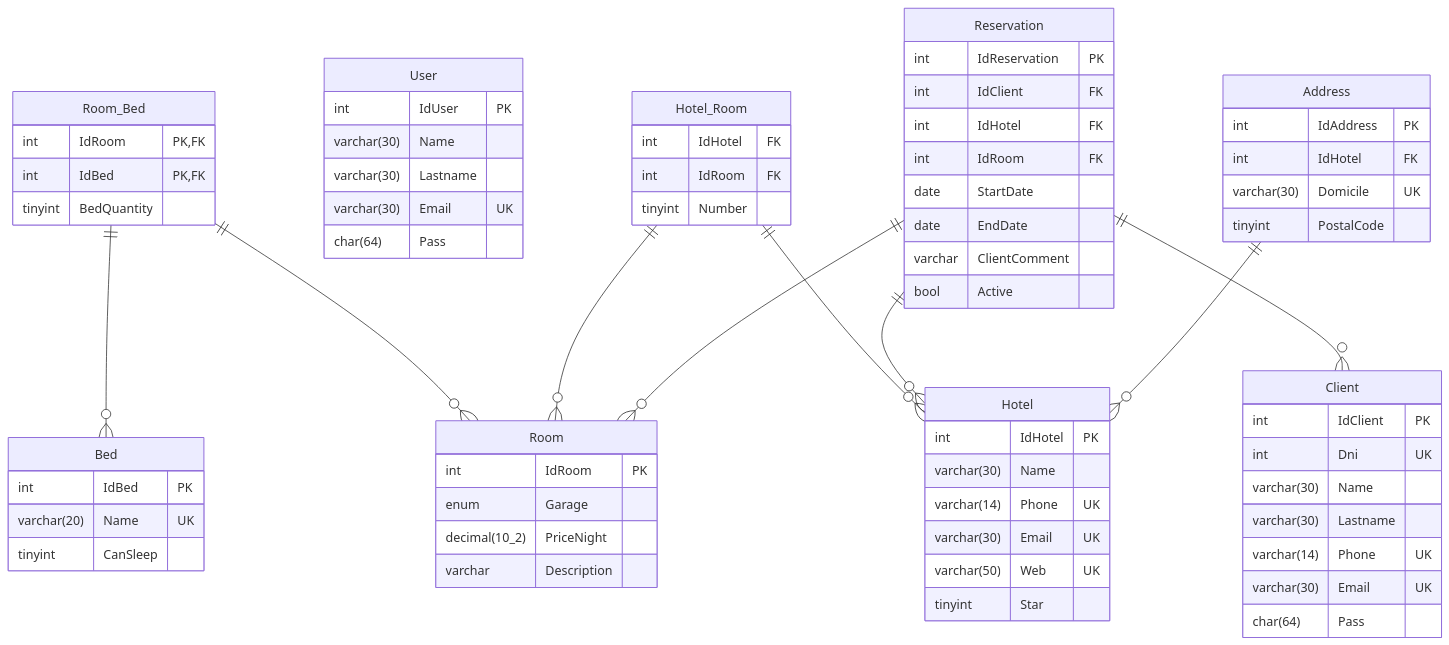
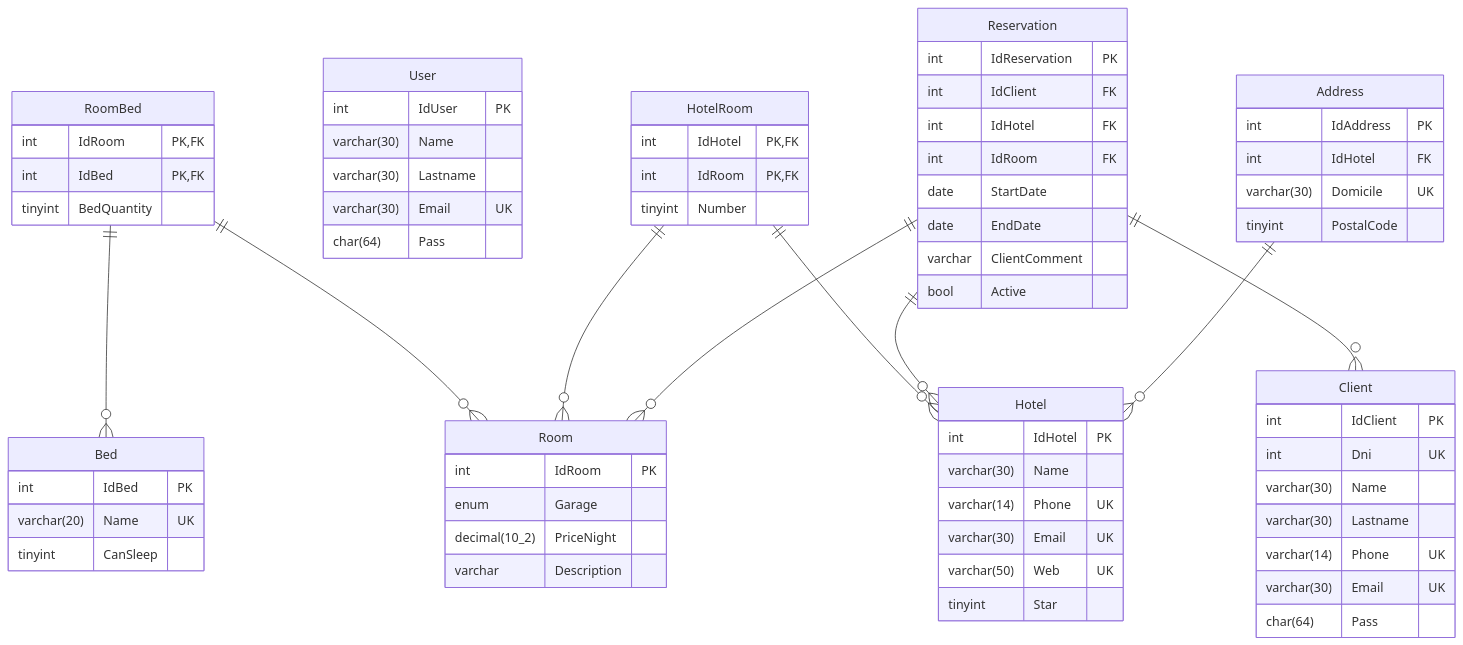
One commit to Ramon-Ariel-ET12/HospedApp changed the diagram in MySQL/DER.md. Above: the diagram before and after it, drawn with Mermaid. The commit also changed 1 other file, not shown here.

```diff
--- a/MySQL/DER.md
+++ b/MySQL/DER.md
@@ -53,7 +53,7 @@
     tinyint Star
 }
 
-Room_Bed{
+RoomBed{
     int IdRoom PK,FK
     int IdBed PK,FK
     tinyint BedQuantity
@@ -66,16 +66,16 @@
     tinyint PostalCode 
 }
 
-Hotel_Room{
-    int IdHotel FK
-    int IdRoom FK
+HotelRoom{
+    int IdHotel PK, FK
+    int IdRoom PK, FK
     tinyint Number
 }
 
-Room_Bed ||--o{ Bed: ""
-Room_Bed ||--o{ Room : ""
-Hotel_Room ||--o{ Hotel : ""
-Hotel_Room ||--o{ Room : ""
+RoomBed ||--o{ Bed: ""
+RoomBed ||--o{ Room : ""
+HotelRoom ||--o{ Hotel : ""
+HotelRoom ||--o{ Room : ""
 Reservation ||--o{ Room : ""
 Reservation ||--o{ Hotel : ""
 Reservation ||--o{ Client : ""
```
